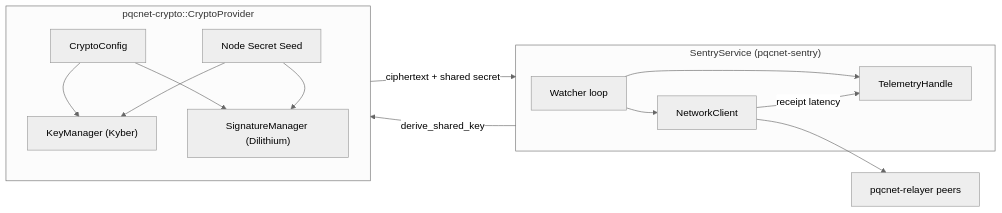
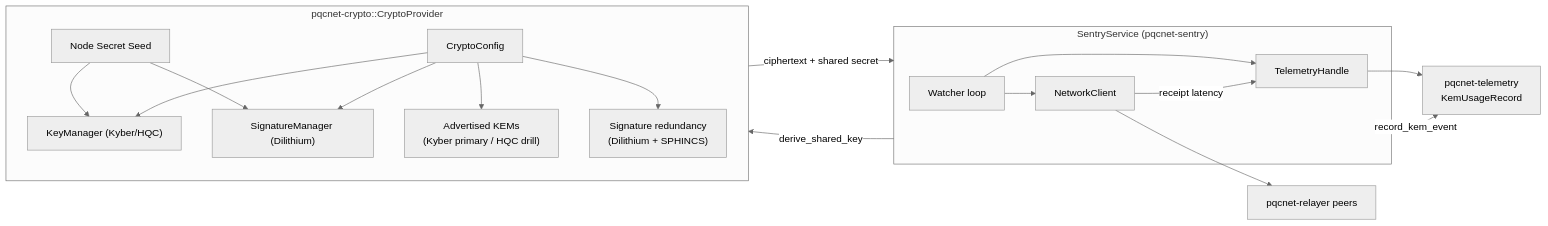
The diagram in pqcnet-contracts/pqcnet-sentry/README.md (Lpierzina/pqc-tracing-bot), drawn with Mermaid before and after one commit. The commit also changed other lines of this file and 5 other files, not shown here.

First line of the commit message:
Update pqc readme and diagrams (#125)

````diff
--- a/pqcnet-contracts/pqcnet-sentry/README.md
+++ b/pqcnet-contracts/pqcnet-sentry/README.md
@@ -31,27 +35,35 @@
 ```mermaid
 %%{init: { "theme": "neutral" }}%%
 flowchart LR
     subgraph Crypto["pqcnet-crypto::CryptoProvider"]
         cfg["CryptoConfig"]
         seed["Node Secret Seed"]
-        kem["KeyManager (Kyber)"]
+        inv["Advertised KEMs\n(Kyber primary / HQC drill)"]
+        sigplan["Signature redundancy\n(Dilithium + SPHINCS)"]
+        kem["KeyManager (Kyber/HQC)"]
         sig["SignatureManager (Dilithium)"]
         cfg --> kem
         cfg --> sig
+        cfg --> inv
+        cfg --> sigplan
         seed --> kem
         seed --> sig
     end
 
     subgraph Sentry["SentryService (pqcnet-sentry)"]
         watchers["Watcher loop"]
         net["NetworkClient"]
         tel["TelemetryHandle"]
     end
 
+    telemetry["pqcnet-telemetry\nKemUsageRecord"]
+
     watchers --> net
     watchers --> tel
     net -->|receipt latency| tel
+    tel --> telemetry
     Sentry -->|derive_shared_key| Crypto
     Crypto -->|ciphertext + shared secret| Sentry
+    Sentry -->|record_kem_event| telemetry
     net --> Relayers["pqcnet-relayer peers"]
 ```
````
